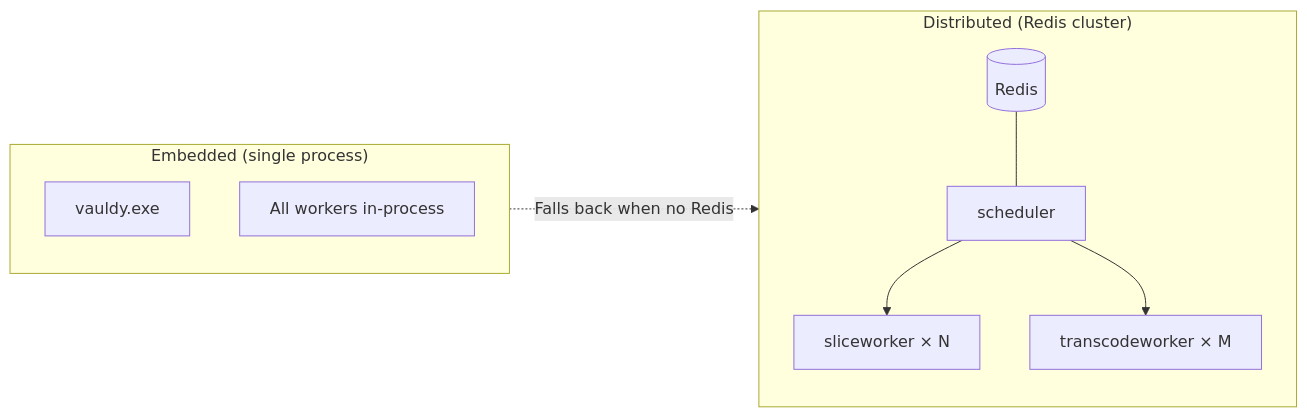
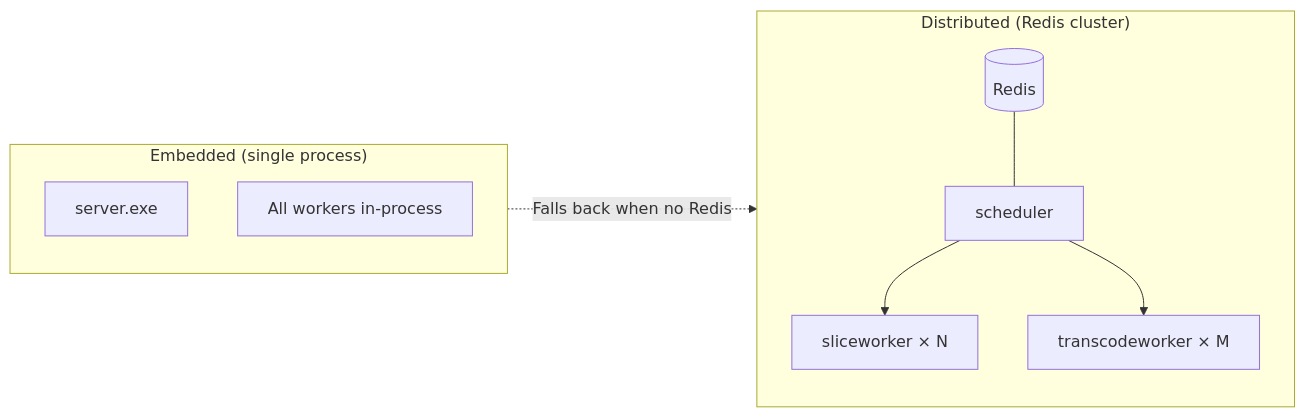
One commit to knoxmedia/Vauldy changed the fifth of 6 diagrams in README.md. Above: the diagram before and after it, drawn with Mermaid. The commit also changed other lines of this file and 565 other files, not shown here.

````diff
--- a/README.md
+++ b/README.md
@@ -142,19 +723,19 @@
 ```mermaid
 flowchart LR
   subgraph Embedded["Embedded (single process)"]
-    S1["vauldy.exe"]
+    S1["server.exe"]
     S1W["All workers in-process"]
   end
 
   subgraph Distributed["Distributed (Redis cluster)"]
     Redis[("Redis")]
     Sched["scheduler"]
     Slice1["sliceworker × N"]
     Trans1["transcodeworker × M"]
     Redis --- Sched
     Sched --> Slice1
     Sched --> Trans1
   end
 
   Embedded -.->|"Falls back when no Redis"| Distributed
 ```
````
